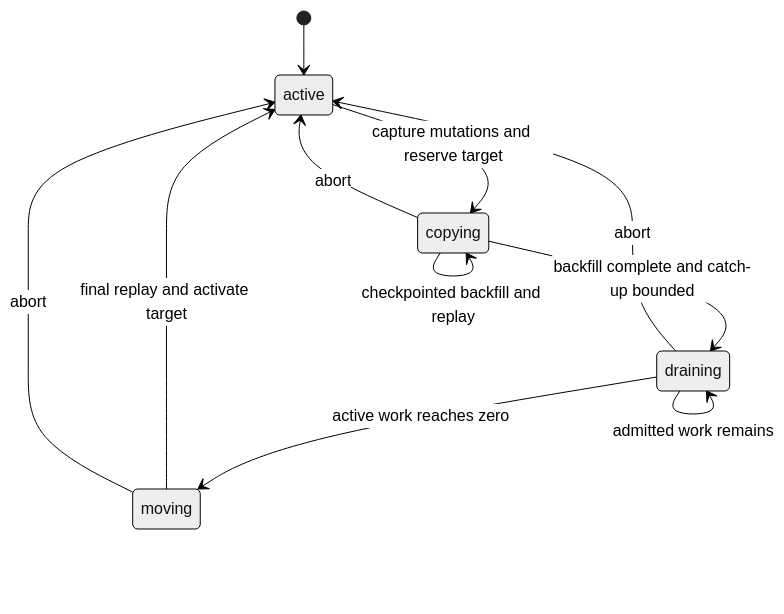
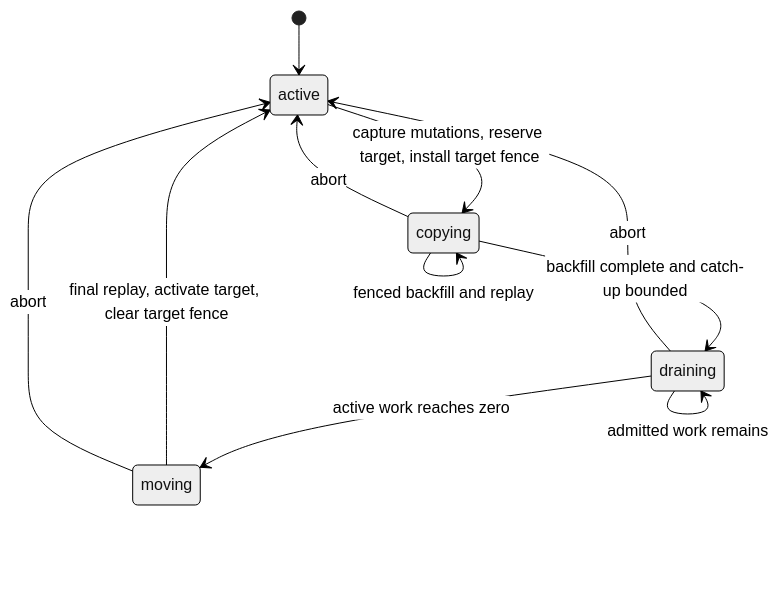
The fourth of 4 diagrams in web/docs/architecture/scaling/index.mdx (gregl83/agent-vigilo), drawn with Mermaid (neutral theme) before and after one commit. The commit also changed other lines of this file and 7 other files, not shown here.

````diff
--- a/web/docs/architecture/scaling/index.mdx
+++ b/web/docs/architecture/scaling/index.mdx
@@ -409,13 +410,13 @@
 ```mermaid
 stateDiagram-v2
     [*] --> active
-    active --> copying: capture mutations and reserve target
-    copying --> copying: checkpointed backfill and replay
+    active --> copying: capture mutations, reserve target, install target fence
+    copying --> copying: fenced backfill and replay
     copying --> draining: backfill complete and catch-up bounded
     draining --> draining: admitted work remains
     draining --> moving: active work reaches zero
-    moving --> active: final replay and activate target
+    moving --> active: final replay, activate target, clear target fence
     copying --> active: abort
     draining --> active: abort
     moving --> active: abort
 ```
````
